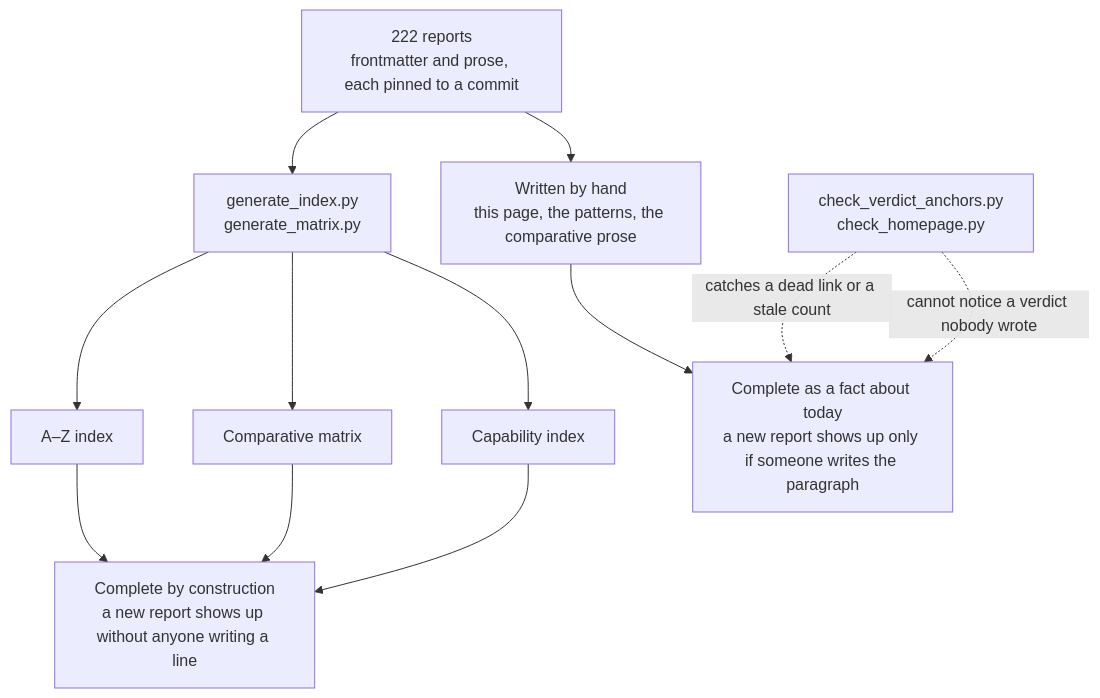
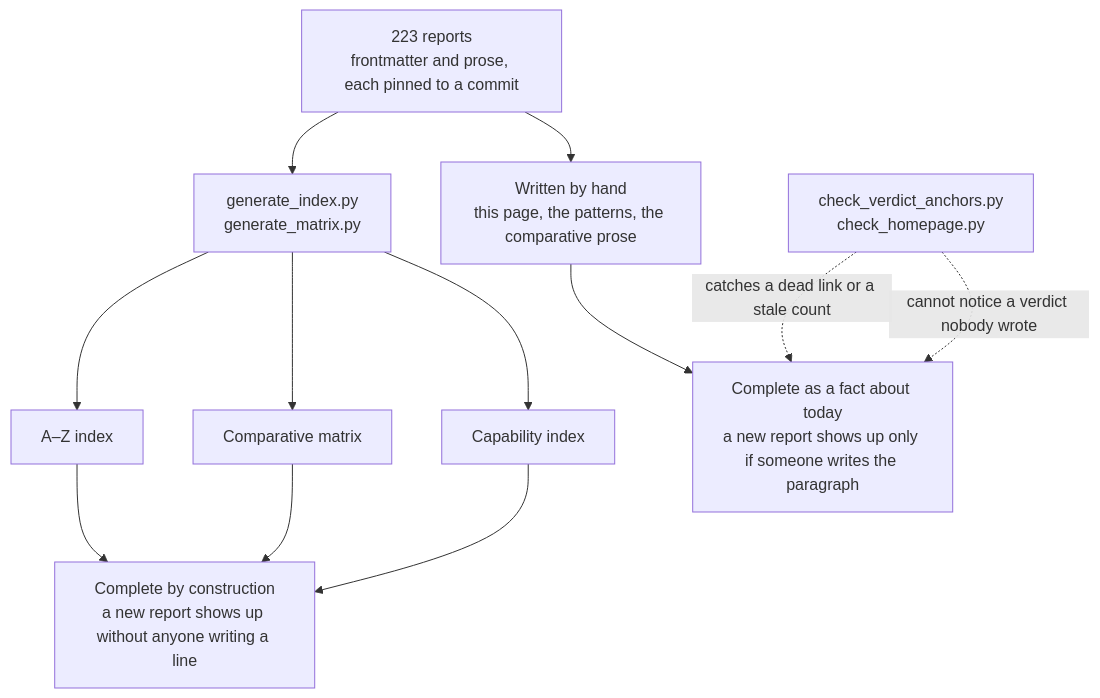
Before and after one commit to neoneye/agent-memory-atlas: the diagram in content/verdicts.md, drawn with Mermaid. The commit also changed other lines of this file and 242 other files, not shown here.

````diff
--- a/content/verdicts.md
+++ b/content/verdicts.md
@@ -40,15 +40,15 @@
 ```mermaid
 flowchart TD
-    R["222 reports<br/>frontmatter and prose, each pinned to a commit"]
+    R["223 reports<br/>frontmatter and prose, each pinned to a commit"]
     R --> GEN["generate_index.py<br/>generate_matrix.py"]
     R --> HAND["Written by hand<br/>this page, the patterns, the comparative prose"]
     GEN --> AZ["A–Z index"]
     GEN --> MX["Comparative matrix"]
     GEN --> CI["Capability index"]
     AZ --> CONST["Complete by construction<br/>a new report shows up without anyone writing a line"]
     MX --> CONST
     CI --> CONST
     HAND --> TODAY["Complete as a fact about today<br/>a new report shows up only if someone writes the paragraph"]
     CHK["check_verdict_anchors.py<br/>check_homepage.py"] -.->|"catches a dead link or a stale count"| TODAY
     CHK -.->|"cannot notice a verdict nobody wrote"| TODAY
 ```
````
